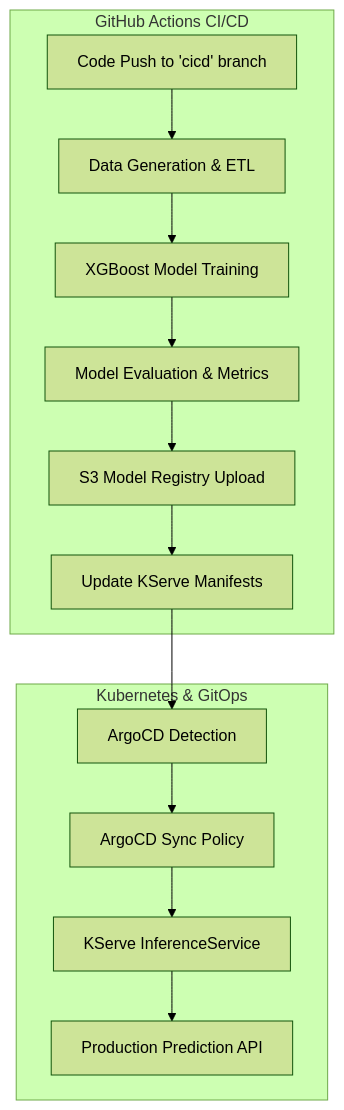
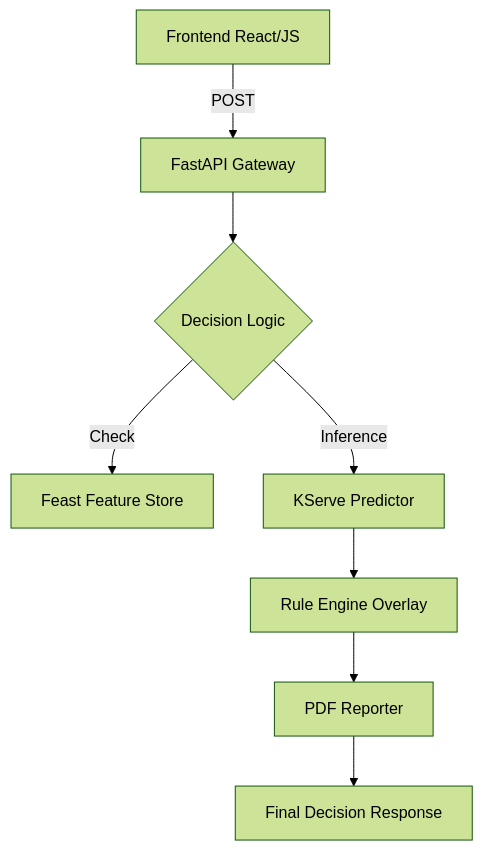
Before and after one commit to bittush8789/credit-risk-ai-underwriting: the first of 2 diagrams in README.md, drawn with Mermaid (forest theme). The commit also changed other lines of this file and 37 other files, not shown here.

Commit message:
Complete Enterprise MLOps Upgrade: EKS, KServe, ArgoCD, and Airflow DAGs

````diff
--- a/README.md
+++ b/README.md
@@ -23,17 +44,10 @@
 ```mermaid
 graph TD
-    subgraph CI_Pipeline [GitHub Actions CI/CD]
-    A[Code Push to 'cicd' branch] --> B[Data Generation & ETL]
-    B --> C[XGBoost Model Training]
-    C --> D[Model Evaluation & Metrics]
-    D --> E[S3 Model Registry Upload]
-    E --> F[Update KServe Manifests]
-    end
-
-    subgraph GitOps_Deployment [Kubernetes & GitOps]
-    F --> G[ArgoCD Detection]
-    G --> H[ArgoCD Sync Policy]
-    H --> I[KServe InferenceService]
-    I --> J[Production Prediction API]
-    end
+    A[Frontend React/JS] -->|POST| B[FastAPI Gateway]
+    B --> C{Decision Logic}
+    C -->|Check| D[Feast Feature Store]
+    C -->|Inference| E[KServe Predictor]
+    E --> F[Rule Engine Overlay]
+    F --> G[PDF Reporter]
+    G --> H[Final Decision Response]
 ```
````
